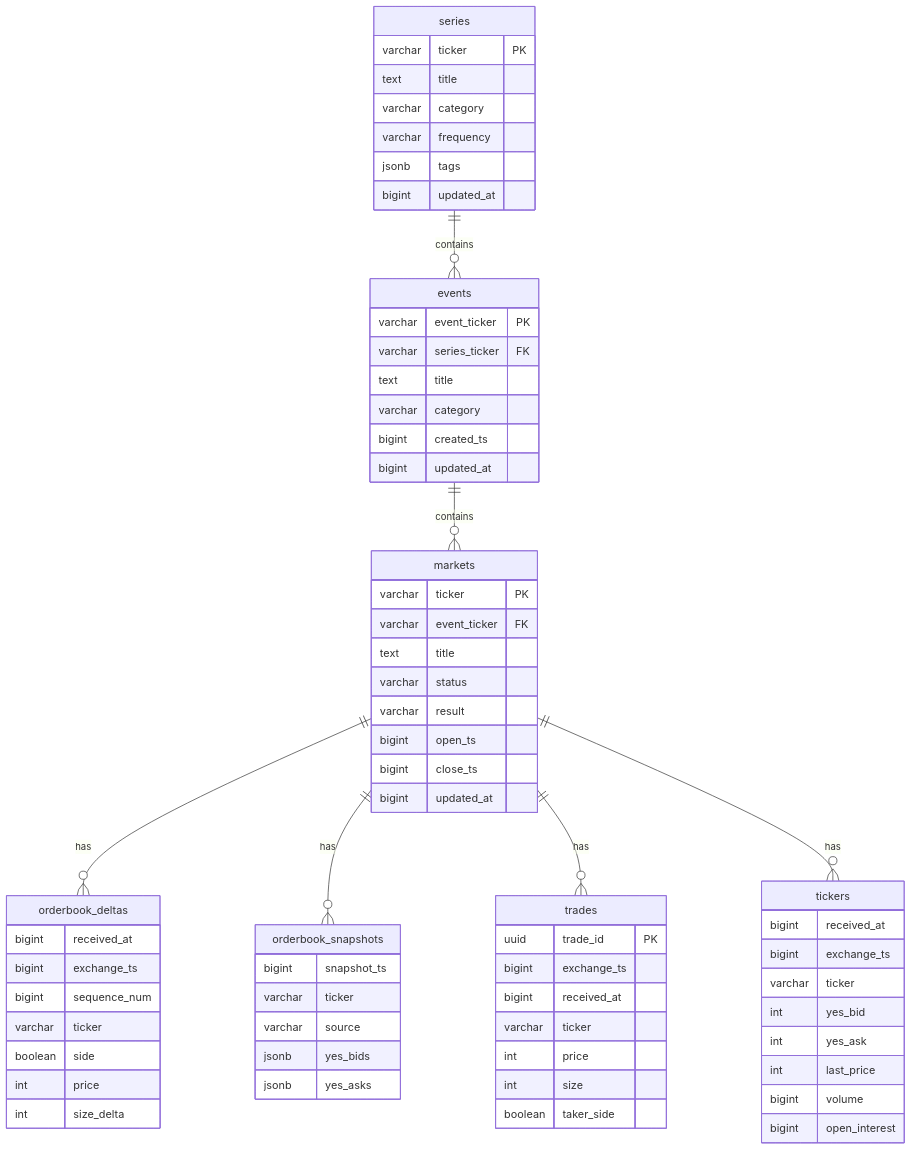
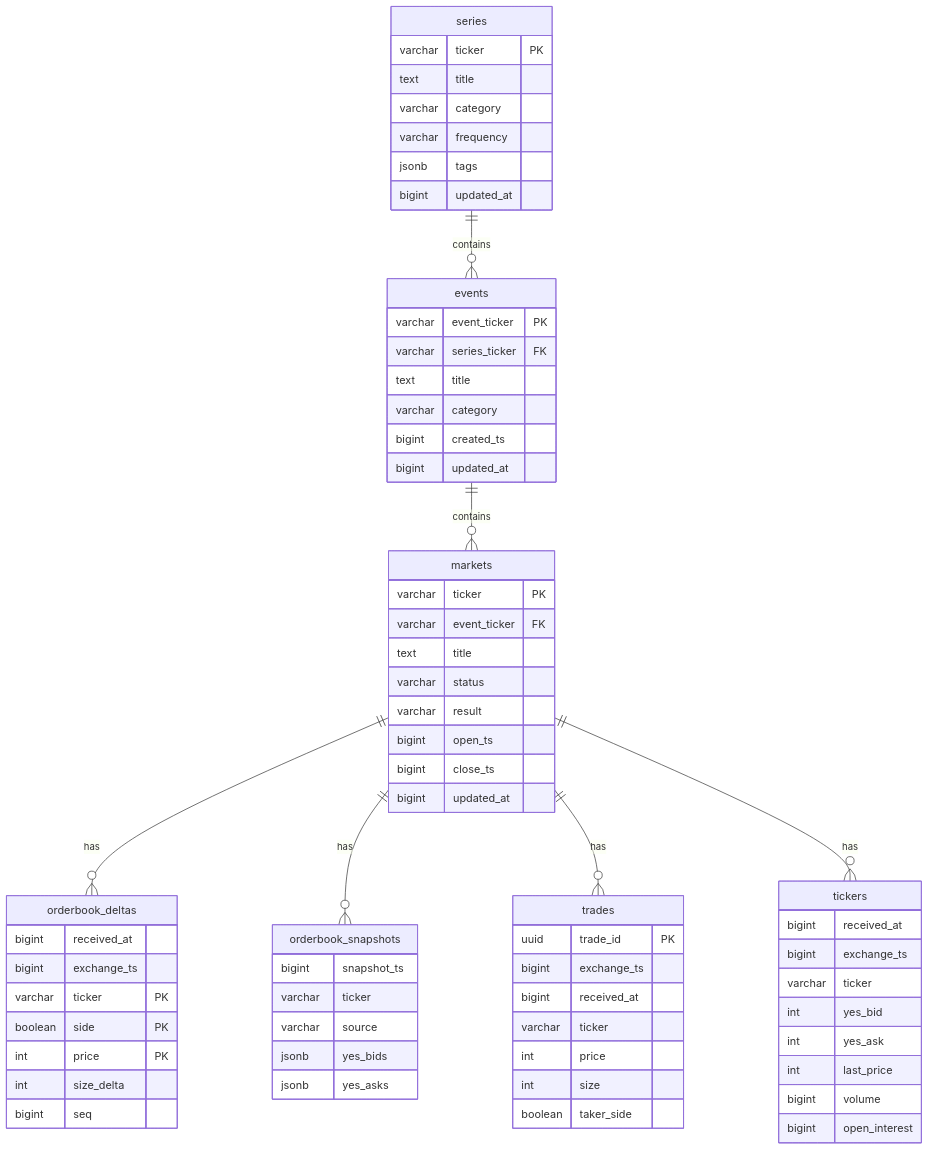
One commit to Projectsrxg/kalshi_v2 changed the diagram in docs/kalshi-data/architecture/data-model-production.md. Above: the diagram before and after it, drawn with Mermaid. The commit also changed other lines of this file and 77 other files, not shown here.

````diff
--- a/docs/kalshi-data/architecture/data-model-production.md
+++ b/docs/kalshi-data/architecture/data-model-production.md
@@ -19,77 +19,77 @@
 ```mermaid
 erDiagram
     series ||--o{ events : contains
     events ||--o{ markets : contains
     markets ||--o{ orderbook_deltas : has
     markets ||--o{ orderbook_snapshots : has
     markets ||--o{ trades : has
     markets ||--o{ tickers : has
 
     series {
         varchar ticker PK
         text title
         varchar category
         varchar frequency
         jsonb tags
         bigint updated_at
     }
 
     events {
         varchar event_ticker PK
         varchar series_ticker FK
         text title
         varchar category
         bigint created_ts
         bigint updated_at
     }
 
     markets {
         varchar ticker PK
         varchar event_ticker FK
         text title
         varchar status
         varchar result
         bigint open_ts
         bigint close_ts
         bigint updated_at
     }
 
     orderbook_deltas {
         bigint received_at
         bigint exchange_ts
-        bigint sequence_num
-        varchar ticker
-        boolean side
-        int price
+        varchar ticker PK
+        boolean side PK
+        int price PK
         int size_delta
+        bigint seq
     }
 
     orderbook_snapshots {
         bigint snapshot_ts
         varchar ticker
         varchar source
         jsonb yes_bids
         jsonb yes_asks
     }
 
     trades {
         uuid trade_id PK
         bigint exchange_ts
         bigint received_at
         varchar ticker
         int price
         int size
         boolean taker_side
     }
 
     tickers {
         bigint received_at
         bigint exchange_ts
         varchar ticker
         int yes_bid
         int yes_ask
         int last_price
         bigint volume
         bigint open_interest
     }
 ```
````
